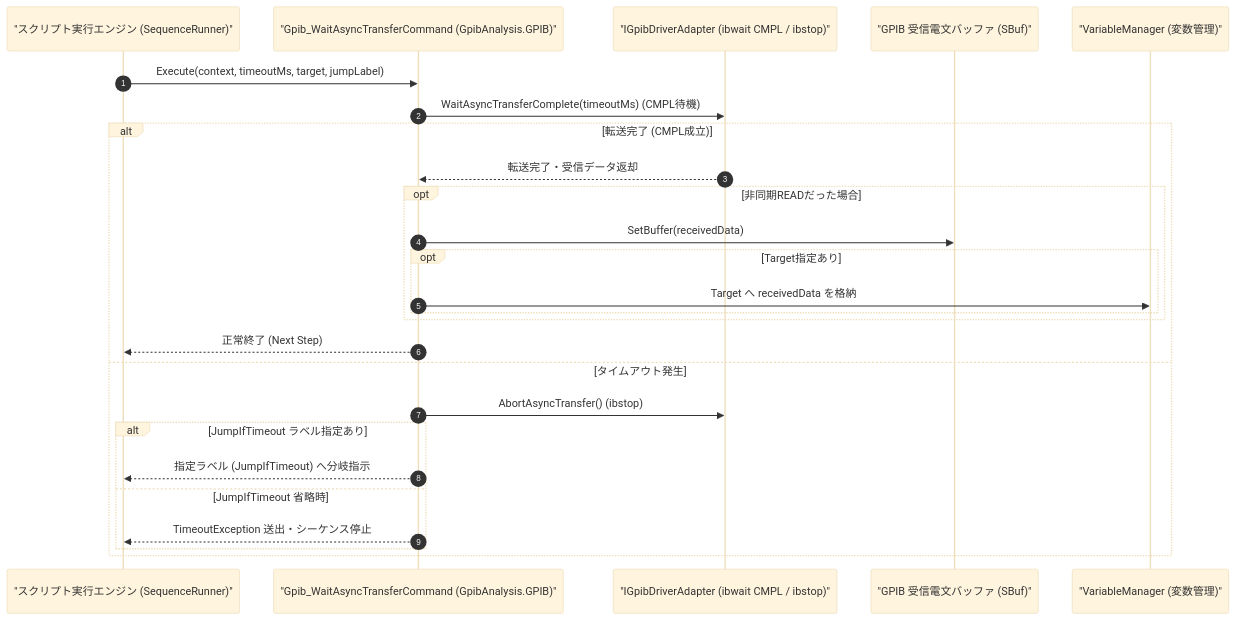
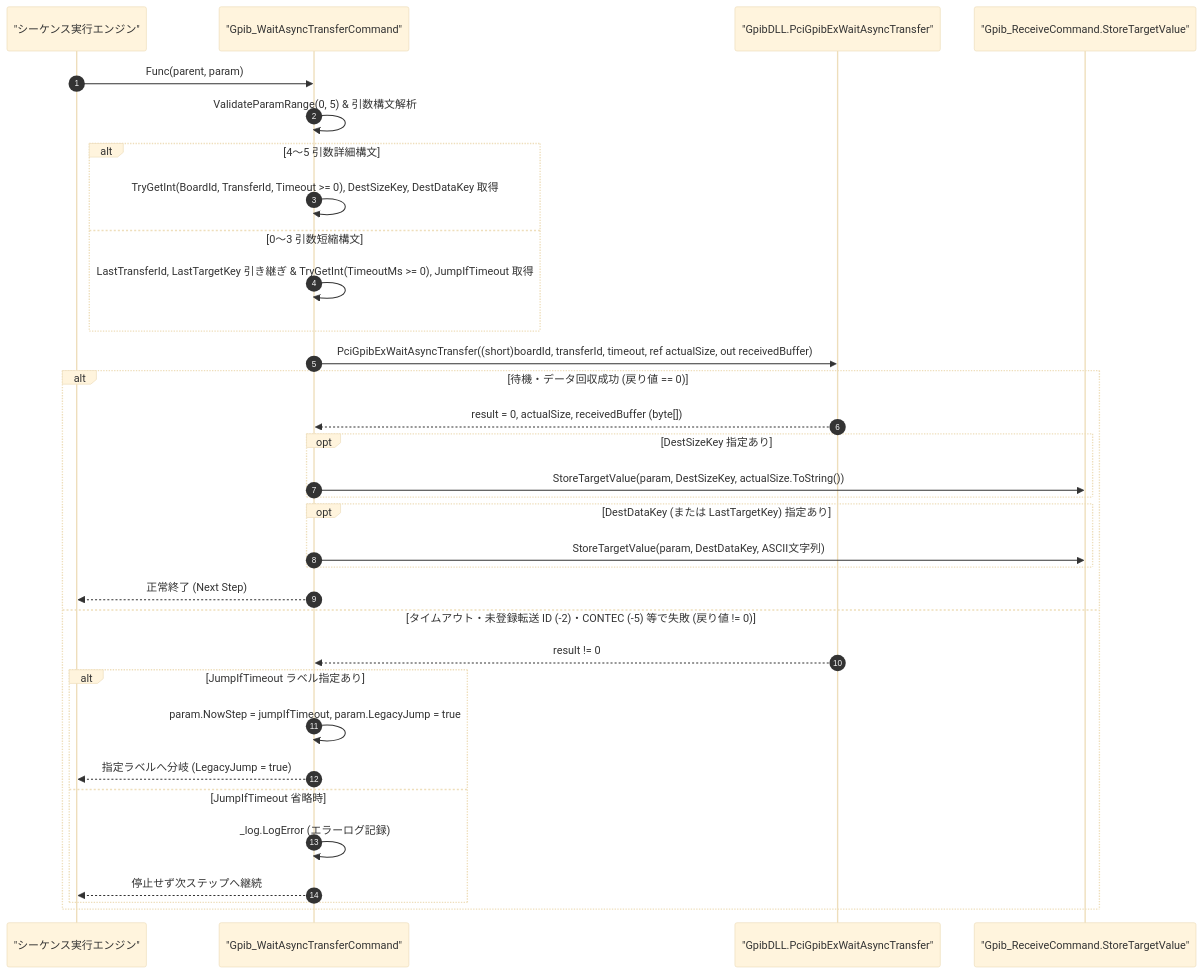
One commit to Monaca-App/GpibAddIn changed the diagram in Manual/GPIB/Gpib_WaitAsyncTransfer.Md. Above: the diagram before and after it, drawn with Mermaid (base theme). The commit also changed other lines of this file and 32 other files, not shown here.

````diff
--- a/Manual/GPIB/Gpib_WaitAsyncTransfer.Md
+++ b/Manual/GPIB/Gpib_WaitAsyncTransfer.Md
@@ -72,29 +76,36 @@
 ```mermaid
 sequenceDiagram
     autonumber
-    participant Script as "スクリプト実行エンジン (SequenceRunner)"
-    participant Cmd as "Gpib_WaitAsyncTransferCommand (GpibAnalysis.GPIB)"
-    participant Drv as "IGpibDriverAdapter (ibwait CMPL / ibstop)"
-    participant SBuf as "GPIB 受信電文バッファ (SBuf)"
-    participant Var as "VariableManager (変数管理)"
+    participant Script as "シーケンス実行エンジン"
+    participant Cmd as "Gpib_WaitAsyncTransferCommand"
+    participant Dll as "GpibDLL.PciGpibExWaitAsyncTransfer"
+    participant Var as "Gpib_ReceiveCommand.StoreTargetValue"
 
-    Script->>Cmd: Execute(context, timeoutMs, target, jumpLabel)
-    Cmd->>Drv: WaitAsyncTransferComplete(timeoutMs) (CMPL待機)
-    alt 転送完了 (CMPL成立)
-        Drv-->>Cmd: 転送完了・受信データ返却
-        opt 非同期READだった場合
-            Cmd->>SBuf: SetBuffer(receivedData)
-            opt Target指定あり
-                Cmd->>Var: Target へ receivedData を格納
-            end
+    Script->>Cmd: Func(parent, param)
+    Cmd->>Cmd: ValidateParamRange(0, 5) & 引数構文解析
+    alt 4〜5 引数詳細構文
+        Cmd->>Cmd: TryGetInt(BoardId, TransferId, Timeout >= 0), DestSizeKey, DestDataKey 取得
+    else 0〜3 引数短縮構文
+        Cmd->>Cmd: LastTransferId, LastTargetKey 引き継ぎ & TryGetInt(TimeoutMs >= 0), JumpIfTimeout 取得
+    end
+    Cmd->>Dll: PciGpibExWaitAsyncTransfer((short)boardId, transferId, timeout, ref actualSize, out receivedBuffer)
+    alt 待機・データ回収成功 (戻り値 == 0)
+        Dll-->>Cmd: result = 0, actualSize, receivedBuffer (byte[])
+        opt DestSizeKey 指定あり
+            Cmd->>Var: StoreTargetValue(param, DestSizeKey, actualSize.ToString())
+        end
+        opt DestDataKey (または LastTargetKey) 指定あり
+            Cmd->>Var: StoreTargetValue(param, DestDataKey, ASCII文字列)
         end
         Cmd-->>Script: 正常終了 (Next Step)
-    else タイムアウト発生
-        Cmd->>Drv: AbortAsyncTransfer() (ibstop)
+    else タイムアウト・未登録転送 ID (-2)・CONTEC (-5) 等で失敗 (戻り値 != 0)
+        Dll-->>Cmd: result != 0
         alt JumpIfTimeout ラベル指定あり
-            Cmd-->>Script: 指定ラベル (JumpIfTimeout) へ分岐指示
+            Cmd->>Cmd: param.NowStep = jumpIfTimeout, param.LegacyJump = true
+            Cmd-->>Script: 指定ラベルへ分岐 (LegacyJump = true)
         else JumpIfTimeout 省略時
-            Cmd-->>Script: TimeoutException 送出・シーケンス停止
+            Cmd->>Cmd: _log.LogError (エラーログ記録)
+            Cmd-->>Script: 停止せず次ステップへ継続
         end
     end
 ```
````
